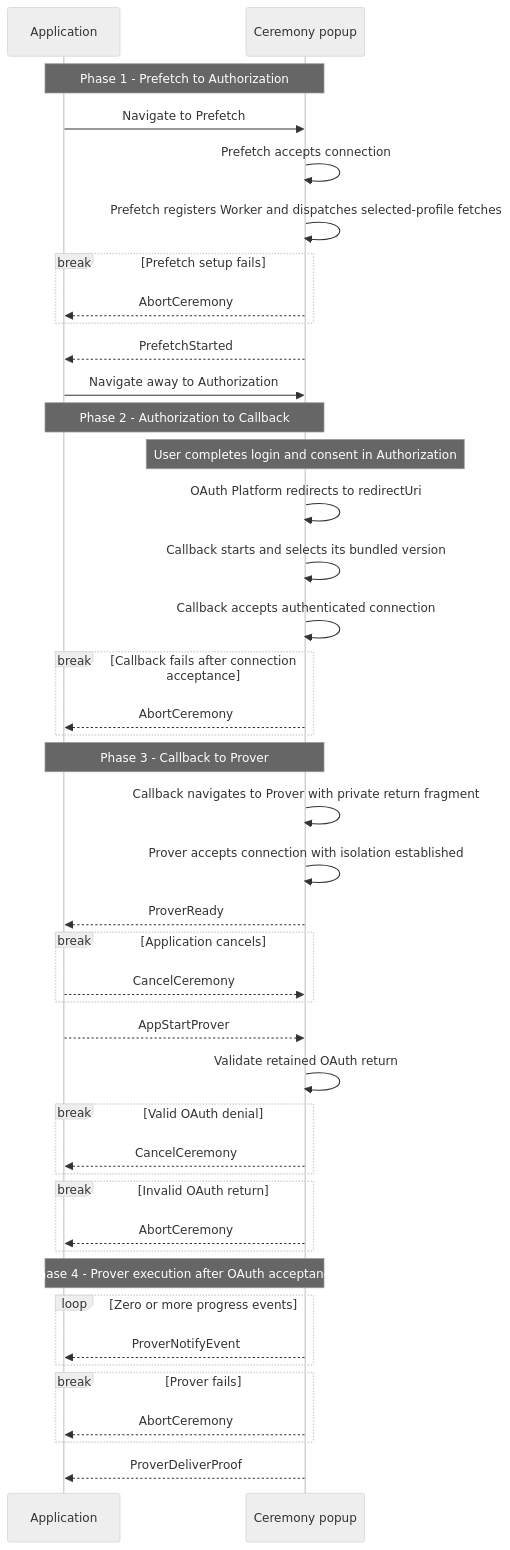
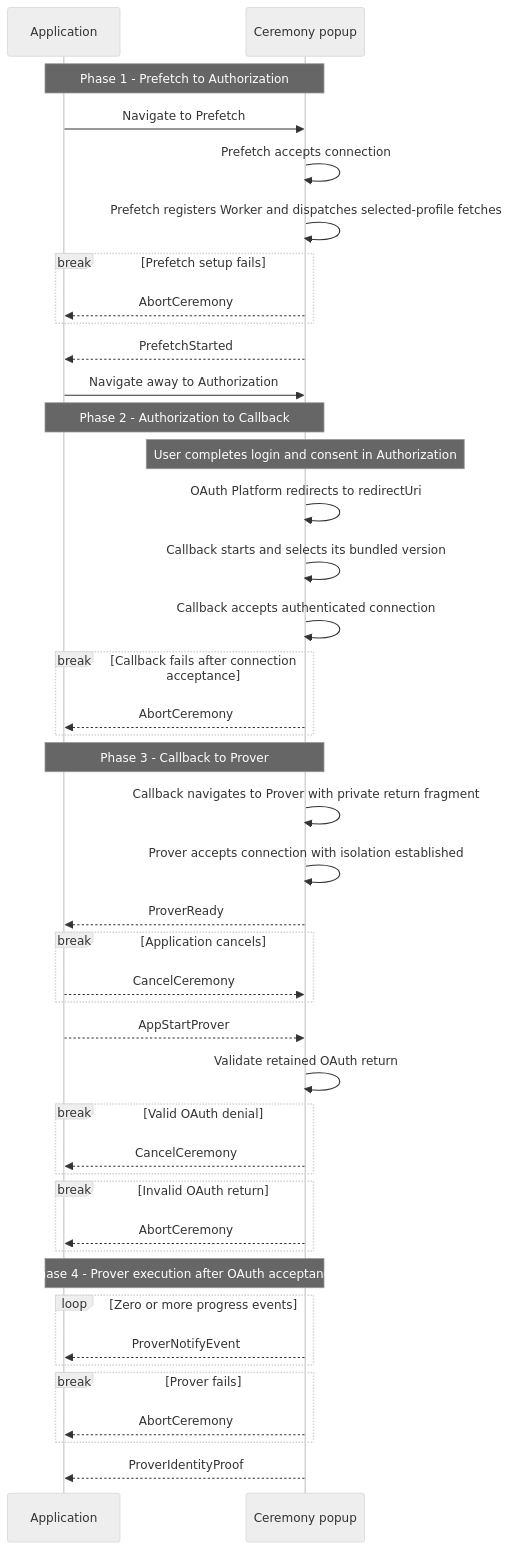
The diagram in ts/packages/ceremony/CCDP.md (libid-org/libid), drawn with Mermaid (neutral theme) before and after one commit. The commit also changed other lines of this file and 3 other files, not shown here.

````diff
--- a/ts/packages/ceremony/CCDP.md
+++ b/ts/packages/ceremony/CCDP.md
@@ -511,49 +522,49 @@
 ```mermaid
 sequenceDiagram
     participant A as Application
     participant P as Ceremony popup
 
     Note over A,P: Phase 1 - Prefetch to Authorization
     A->>P: Navigate to Prefetch
     P->>P: Prefetch accepts connection
     P->>P: Prefetch registers Worker and dispatches selected-profile fetches
     break Prefetch setup fails
         P-->>A: AbortCeremony
     end
     P-->>A: PrefetchStarted
     A->>P: Navigate away to Authorization
 
     Note over A,P: Phase 2 - Authorization to Callback
     Note over P: User completes login and consent in Authorization
     P->>P: OAuth Platform redirects to redirectUri
     P->>P: Callback starts and selects its bundled version
     P->>P: Callback accepts authenticated connection
     break Callback fails after connection acceptance
         P-->>A: AbortCeremony
     end
 
     Note over A,P: Phase 3 - Callback to Prover
     P->>P: Callback navigates to Prover with private return fragment
     P->>P: Prover accepts connection with isolation established
     P-->>A: ProverReady
     break Application cancels
         A-->>P: CancelCeremony
     end
     A-->>P: AppStartProver
 
     P->>P: Validate retained OAuth return
     break Valid OAuth denial
         P-->>A: CancelCeremony
     end
     break Invalid OAuth return
         P-->>A: AbortCeremony
     end
     Note over A,P: Phase 4 - Prover execution after OAuth acceptance
     loop Zero or more progress events
         P-->>A: ProverNotifyEvent
     end
     break Prover fails
         P-->>A: AbortCeremony
     end
-    P-->>A: ProverDeliverProof
+    P-->>A: ProverIdentityProof
 ```
````
